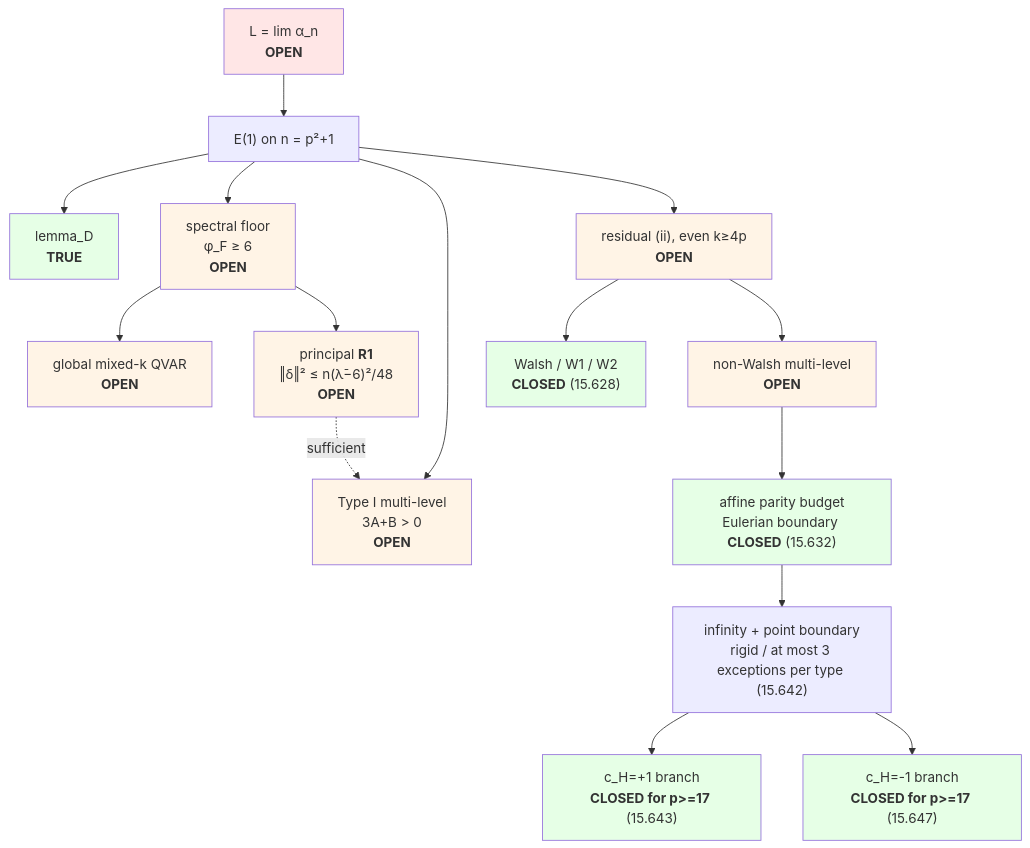
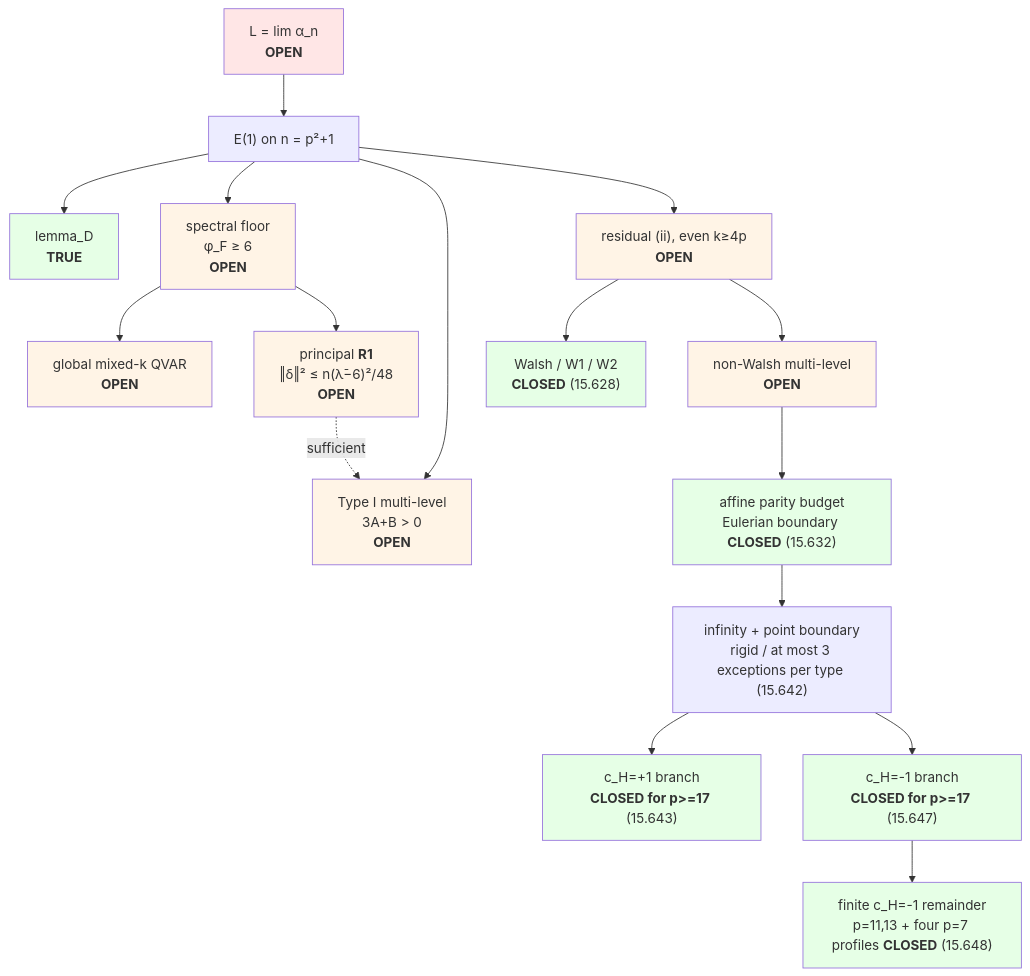
Before and after one commit to luckyseoul/quadratic-minmax-limit: the diagram in README.md, drawn with Mermaid. The commit also changed other lines of this file and 7 other files, not shown here.

Commit message:
Reduce the finite negative two-point remainder

````diff
--- a/README.md
+++ b/README.md
@@ -97,29 +99,31 @@
 ```mermaid
 graph TD
     L["L = lim α_n<br/><b>OPEN</b>"] --> E1["E(1) on n = p²+1"]
     E1 --> D["lemma_D<br/><b>TRUE</b>"]
     E1 --> FLOOR["spectral floor<br/>φ_F ≥ 6<br/><b>OPEN</b>"]
     FLOOR --> QVAR["global mixed-k QVAR<br/><b>OPEN</b>"]
     FLOOR --> R1["principal <b>R1</b><br/>‖δ‖² ≤ n(λ̄−6)²/48<br/><b>OPEN</b>"]
     E1 --> TYPEI["Type I multi-level<br/>3A+B > 0<br/><b>OPEN</b>"]
     R1 -. sufficient .-> TYPEI
     E1 --> RES["residual (ii), even k≥4p<br/><b>OPEN</b>"]
     RES --> WALSH["Walsh / W1 / W2<br/><b>CLOSED</b> (15.628)"]
     RES --> MULTI["non-Walsh multi-level<br/><b>OPEN</b>"]
     MULTI --> BUDGET["affine parity budget<br/>Eulerian boundary <b>CLOSED</b> (15.632)"]
     BUDGET --> RIGID["infinity + point boundary<br/>rigid / at most 3 exceptions per type (15.642)"]
     RIGID --> POSKILL["c_H=+1 branch<br/><b>CLOSED for p>=17</b> (15.643)"]
     RIGID --> NEGKILL["c_H=-1 branch<br/><b>CLOSED for p>=17</b> (15.647)"]
+    NEGKILL --> NEGFINITE["finite c_H=-1 remainder<br/>p=11,13 + four p=7 profiles <b>CLOSED</b> (15.648)"]
     style L fill:#ffe6e6
     style D fill:#e6ffe6
     style FLOOR fill:#fff4e6
     style QVAR fill:#fff4e6
     style R1 fill:#fff4e6
     style TYPEI fill:#fff4e6
     style RES fill:#fff4e6
     style WALSH fill:#e6ffe6
     style MULTI fill:#fff4e6
     style BUDGET fill:#e6ffe6
     style POSKILL fill:#e6ffe6
     style NEGKILL fill:#e6ffe6
+    style NEGFINITE fill:#e6ffe6
 ```
````
